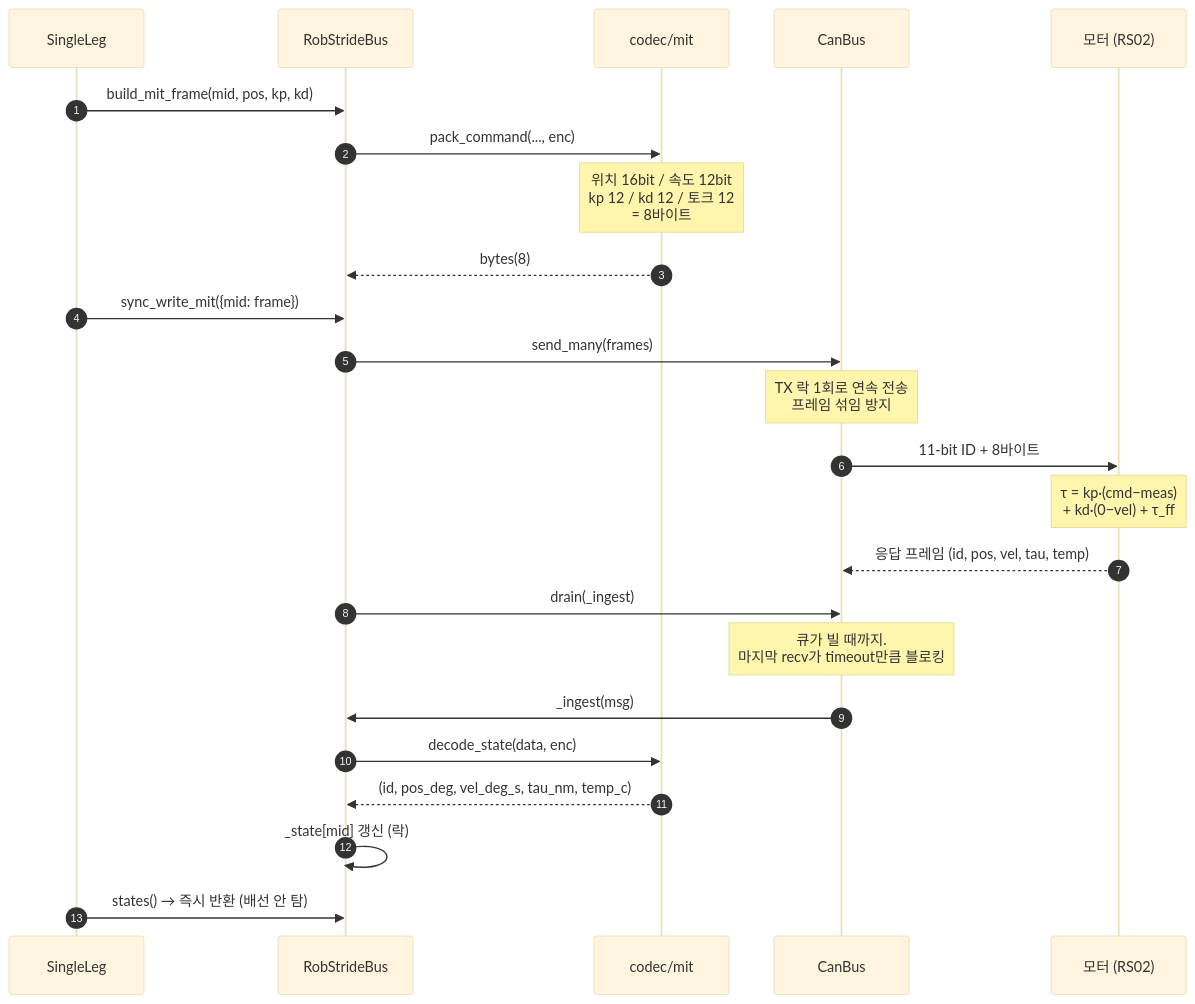
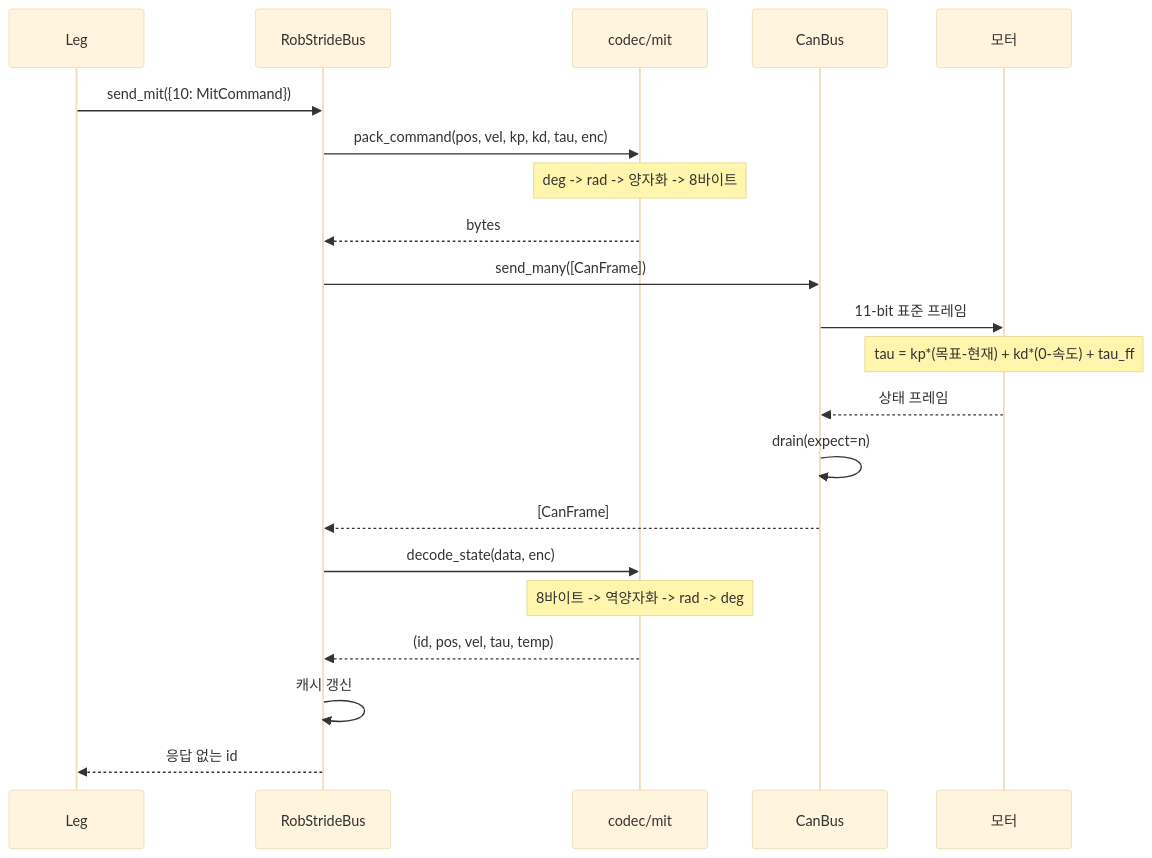
The ninth of 9 diagrams in docs/flow_diagrams.md (chanhue/HUPHY), drawn with Mermaid (base theme) before and after one commit. The commit also changed other lines of this file and 10 other files, not shown here.

````diff
--- a/docs/flow_diagrams.md
+++ b/docs/flow_diagrams.md
@@ -305,27 +327,26 @@
 ```mermaid
 sequenceDiagram
-    autonumber
-    participant L as SingleLeg
+    participant L as Leg
     participant B as RobStrideBus
-    participant CD as codec/mit
+    participant D as codec/mit
     participant C as CanBus
-    participant M as 모터 (RS02)
+    participant M as 모터
 
-    L->>B: build_mit_frame(mid, pos, kp, kd)
-    B->>CD: pack_command(..., enc)
-    Note over CD: 위치 16bit / 속도 12bit<br/>kp 12 / kd 12 / 토크 12<br/>= 8바이트
-    CD-->>B: bytes(8)
-    L->>B: sync_write_mit({mid: frame})
-    B->>C: send_many(frames)
-    Note over C: TX 락 1회로 연속 전송<br/>프레임 섞임 방지
-    C->>M: 11-bit ID + 8바이트
-    Note over M: τ = kp·(cmd−meas)<br/>  + kd·(0−vel) + τ_ff
-    M-->>C: 응답 프레임 (id, pos, vel, tau, temp)
-    B->>C: drain(_ingest)
-    Note over C: 큐가 빌 때까지.<br/>마지막 recv가 timeout만큼 블로킹
-    C->>B: _ingest(msg)
-    B->>CD: decode_state(data, enc)
-    CD-->>B: (id, pos_deg, vel_deg_s, tau_nm, temp_c)
-    B->>B: _state[mid] 갱신 (락)
-    L->>B: states() → 즉시 반환 (배선 안 탐)
+    L->>B: send_mit({10: MitCommand})
+    B->>D: pack_command(pos, vel, kp, kd, tau, enc)
+    Note over D: deg -> rad -> 양자화 -> 8바이트
+    D-->>B: bytes
+    B->>C: send_many([CanFrame])
+    C->>M: 11-bit 표준 프레임
+
+    Note over M: tau = kp*(목표-현재) + kd*(0-속도) + tau_ff
+
+    M-->>C: 상태 프레임
+    C->>C: drain(expect=n)
+    C-->>B: [CanFrame]
+    B->>D: decode_state(data, enc)
+    Note over D: 8바이트 -> 역양자화 -> rad -> deg
+    D-->>B: (id, pos, vel, tau, temp)
+    B->>B: 캐시 갱신
+    B-->>L: 응답 없는 id
 ```
````
